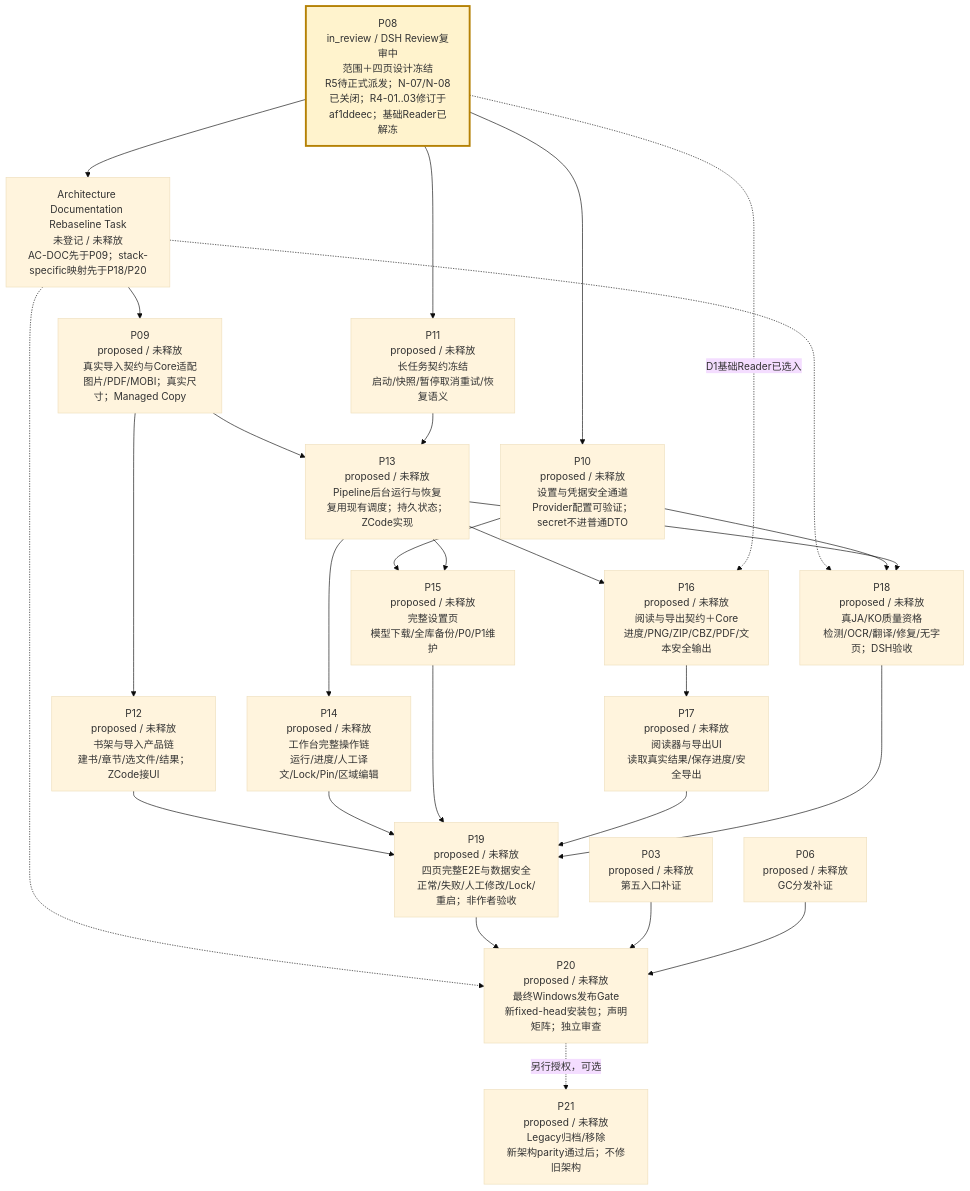
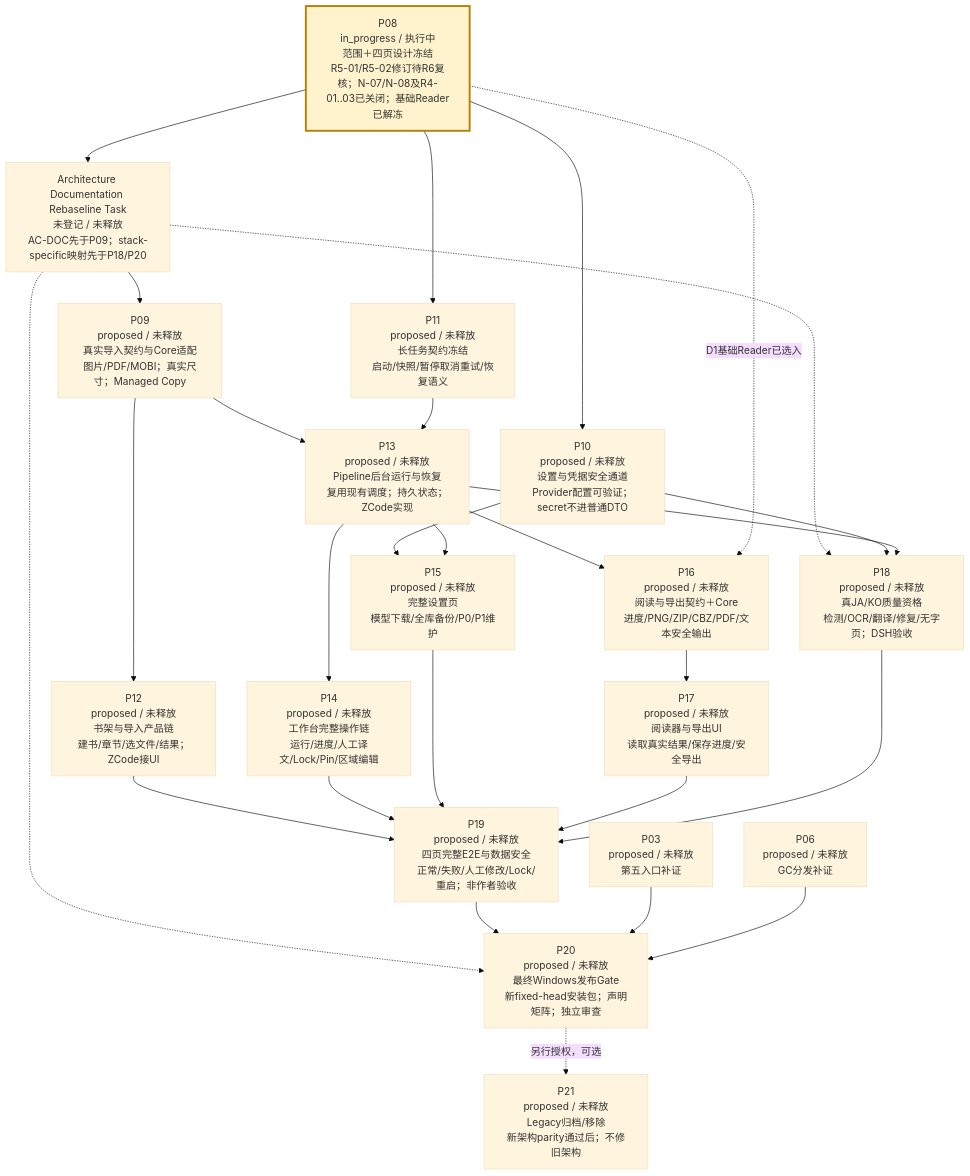
Before and after one commit to peakwheat-pixel/New-Manga: the third of 4 diagrams in verification/PROJECT-ROADMAP-20261008/ROADMAP.md, drawn with Mermaid (base theme). The commit also changed other lines of this file and 13 other files, not shown here.

````diff
--- a/verification/PROJECT-ROADMAP-20261008/ROADMAP.md
+++ b/verification/PROJECT-ROADMAP-20261008/ROADMAP.md
@@ -47,30 +47,30 @@
 ```mermaid
 flowchart TB
-  P08["P08<br/>in_review / DSH Review复审中<br/>范围＋四页设计冻结<br/>R5待正式派发；N-07/N-08已关闭；R4-01..03修订于af1ddeec；基础Reader已解冻"] --> ARCHDOC["Architecture Documentation Rebaseline Task<br/>未登记 / 未释放<br/>AC-DOC先于P09；stack-specific映射先于P18/P20"]
+  P08["P08<br/>in_progress / 执行中<br/>范围＋四页设计冻结<br/>R5-01/R5-02修订待R6复核；N-07/N-08及R4-01..03已关闭；基础Reader已解冻"] --> ARCHDOC["Architecture Documentation Rebaseline Task<br/>未登记 / 未释放<br/>AC-DOC先于P09；stack-specific映射先于P18/P20"]
   ARCHDOC --> P09["P09<br/>proposed / 未释放<br/>真实导入契约与Core适配<br/>图片/PDF/MOBI；真实尺寸；Managed Copy"]
   ARCHDOC -.-> P18
   ARCHDOC -.-> P20
   P08 --> P10["P10<br/>proposed / 未释放<br/>设置与凭据安全通道<br/>Provider配置可验证；secret不进普通DTO"]
   P08 --> P11["P11<br/>proposed / 未释放<br/>长任务契约冻结<br/>启动/快照/暂停取消重试/恢复语义"]
   P09 --> P12["P12<br/>proposed / 未释放<br/>书架与导入产品链<br/>建书/章节/选文件/结果；ZCode接UI"]
   P09 --> P13["P13<br/>proposed / 未释放<br/>Pipeline后台运行与恢复<br/>复用现有调度；持久状态；ZCode实现"]
   P11 --> P13
   P13 --> P14["P14<br/>proposed / 未释放<br/>工作台完整操作链<br/>运行/进度/人工译文/Lock/Pin/区域编辑"]
   P10 --> P15["P15<br/>proposed / 未释放<br/>完整设置页<br/>模型下载/全库备份/P0/P1维护"]
   P13 --> P15
   P13 --> P16["P16<br/>proposed / 未释放<br/>阅读与导出契约＋Core<br/>进度/PNG/ZIP/CBZ/PDF/文本安全输出"]
   P08 -. "D1基础Reader已选入" .-> P16
   P16 --> P17["P17<br/>proposed / 未释放<br/>阅读器与导出UI<br/>读取真实结果/保存进度/安全导出"]
   P10 --> P18["P18<br/>proposed / 未释放<br/>真JA/KO质量资格<br/>检测/OCR/翻译/修复/无字页；DSH验收"]
   P13 --> P18
   P12 --> P19["P19<br/>proposed / 未释放<br/>四页完整E2E与数据安全<br/>正常/失败/人工修改/Lock/重启；非作者验收"]
   P14 --> P19
   P15 --> P19
   P17 --> P19
   P18 --> P19
   P19 --> P20["P20<br/>proposed / 未释放<br/>最终Windows发布Gate<br/>新fixed-head安装包；声明矩阵；独立审查"]
   P03["P03<br/>proposed / 未释放<br/>第五入口补证"] --> P20
   P06["P06<br/>proposed / 未释放<br/>GC分发补证"] --> P20
   P20 -. "另行授权，可选" .-> P21["P21<br/>proposed / 未释放<br/>Legacy归档/移除<br/>新架构parity通过后；不修旧架构"]
   style P08 fill:#fff3cd,stroke:#b58105,stroke-width:3px
 ```
````
